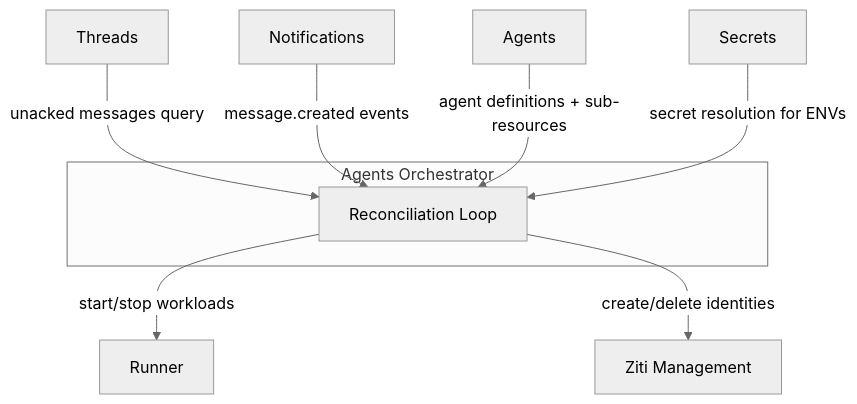
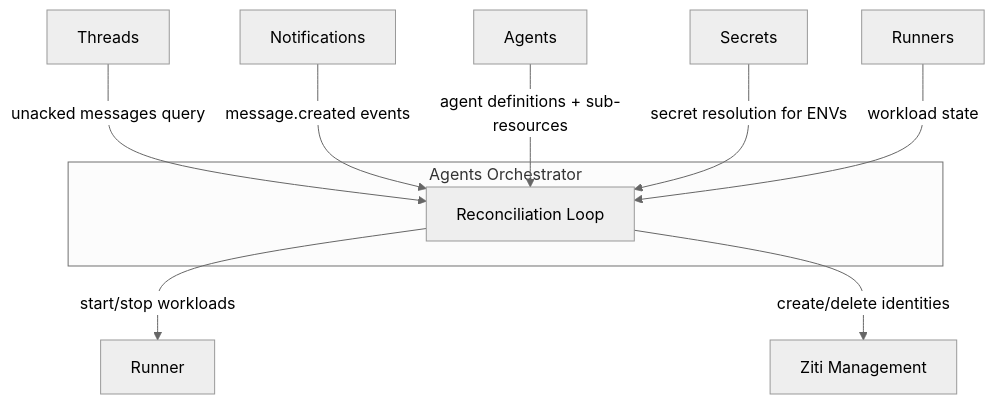
The first of 4 diagrams in architecture/agents-orchestrator.md (agynio/architecture), drawn with Mermaid (neutral theme) before and after one commit. The commit also changed other lines of this file and 7 other files, not shown here.

First line of the commit message:
add Runners service architecture

````diff
--- a/architecture/agents-orchestrator.md
+++ b/architecture/agents-orchestrator.md
@@ -11,13 +11,14 @@
 ```mermaid
 graph TB
     subgraph "Agents Orchestrator"
         Reconciler[Reconciliation Loop]
     end
 
     Threads -->|unacked messages query| Reconciler
     Notifications -->|message.created events| Reconciler
     Agents -->|agent definitions + sub-resources| Reconciler
     Secrets -->|secret resolution for ENVs| Reconciler
+    Runners[Runners] -->|workload state| Reconciler
     Reconciler -->|start/stop workloads| Runner
     Reconciler -->|create/delete identities| ZitiMgmt[Ziti Management]
 ```
````
